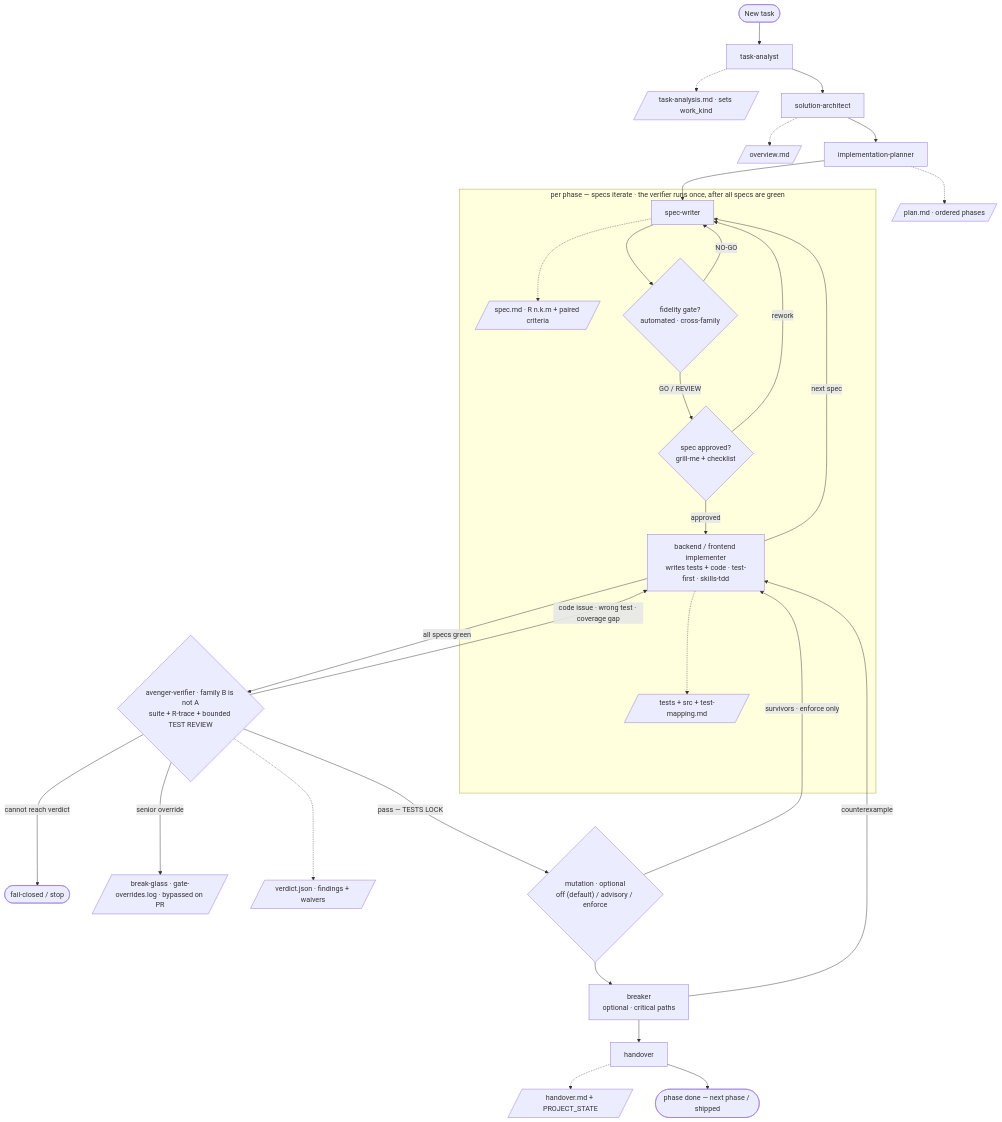
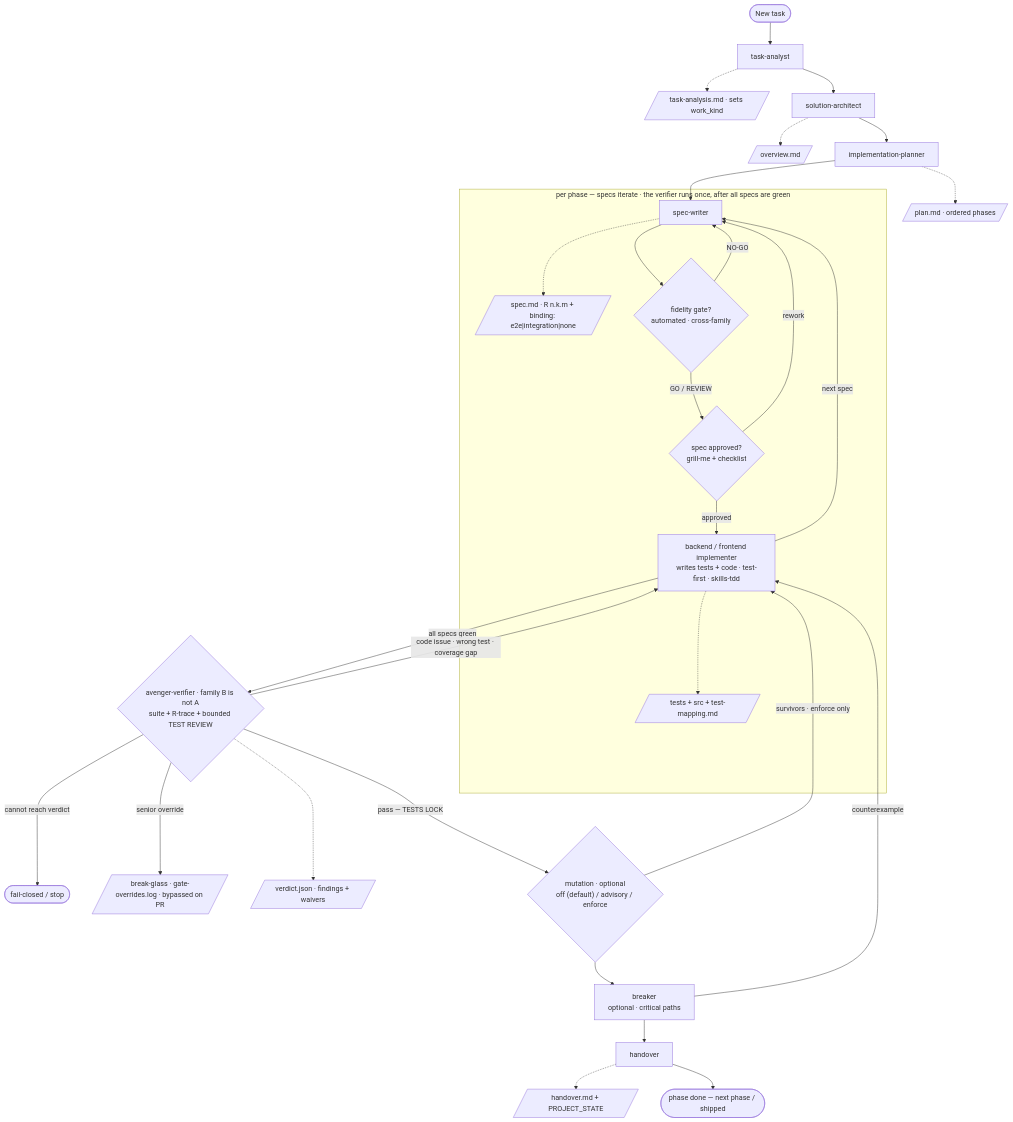
The diagram in README.md (szobonyaerik/agentic-avengers), drawn with Mermaid before and after one commit. The commit also changed 19 other files, not shown here.

````diff
--- a/README.md
+++ b/README.md
@@ -42,34 +42,34 @@
 ```mermaid
 flowchart TD
     start(["New task"]) --> ta["task-analyst"]
     ta -.-> taA[/"task-analysis.md · sets work_kind"/]
     ta --> sa["solution-architect"]
     sa -.-> saA[/"overview.md"/]
     sa --> ip["implementation-planner"]
     ip -.-> ipA[/"plan.md · ordered phases"/]
     ip --> sw
 
     subgraph phase ["per phase — specs iterate · the verifier runs once, after all specs are green"]
-        sw["spec-writer"] -.-> swA[/"spec.md · R n.k.m + paired criteria"/]
+        sw["spec-writer"] -.-> swA[/"spec.md · R n.k.m + binding: e2e|integration|none"/]
         sw --> fg{"fidelity gate?<br/>automated · cross-family"}
         fg -->|"NO-GO"| sw
         fg -->|"GO / REVIEW"| sr{"spec approved?<br/>grill-me + checklist"}
         sr -->|"rework"| sw
         sr -->|"approved"| impl["backend / frontend implementer<br/>writes tests + code · test-first · skills-tdd"]
         impl -.-> implA[/"tests + src + test-mapping.md"/]
         impl -->|"next spec"| sw
     end
 
     impl -->|"all specs green"| ver{"avenger-verifier · family B is not A<br/>suite + R-trace + bounded TEST REVIEW"}
     ver -->|"cannot reach verdict"| stop(["fail-closed / stop"])
     ver -->|"senior override"| bg[/"break-glass · gate-overrides.log · bypassed on PR"/]
     ver -->|"code issue · wrong test · coverage gap"| impl
     ver -.-> verA[/"verdict.json · findings + waivers"/]
     ver -->|"pass — TESTS LOCK"| mut{"mutation · optional<br/>off (default) / advisory / enforce"}
     mut -->|"survivors · enforce only"| impl
     mut --> brk["breaker<br/>optional · critical paths"]
     brk -->|"counterexample"| impl
     brk --> ho["handover"]
     ho -.-> hoA[/"handover.md + PROJECT_STATE"/]
     ho --> done(["phase done — next phase / shipped"])
 ```
````
